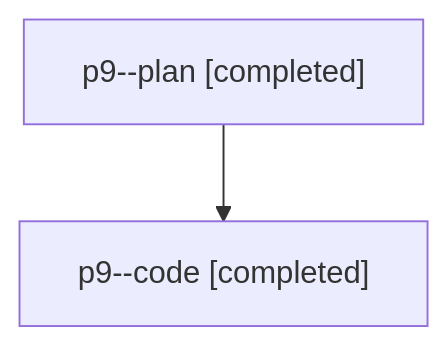
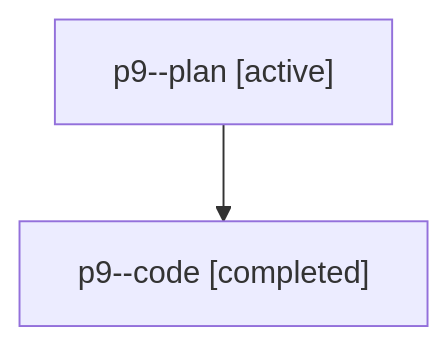
One commit to sase-org/sase--agents changed the diagram in families/bbugyi200.athena.p9.md. Above: the diagram before and after it, drawn with Mermaid. The commit also changed other lines of this file and 5813 other files, not shown here.

````diff
--- a/families/bbugyi200.athena.p9.md
+++ b/families/bbugyi200.athena.p9.md
@@ -9,6 +9,6 @@
 ```mermaid
 flowchart TD
-  n0["p9--plan [completed]"]
+  n0["p9--plan [active]"]
   n1["p9--code [completed]"]
   n0 --> n1
 ```
````
